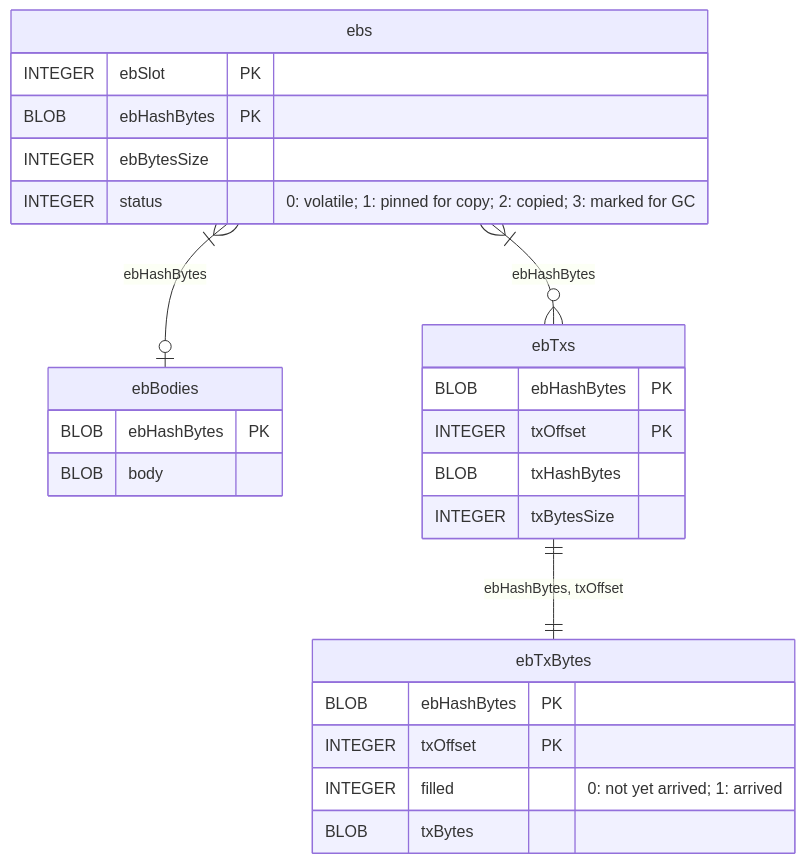
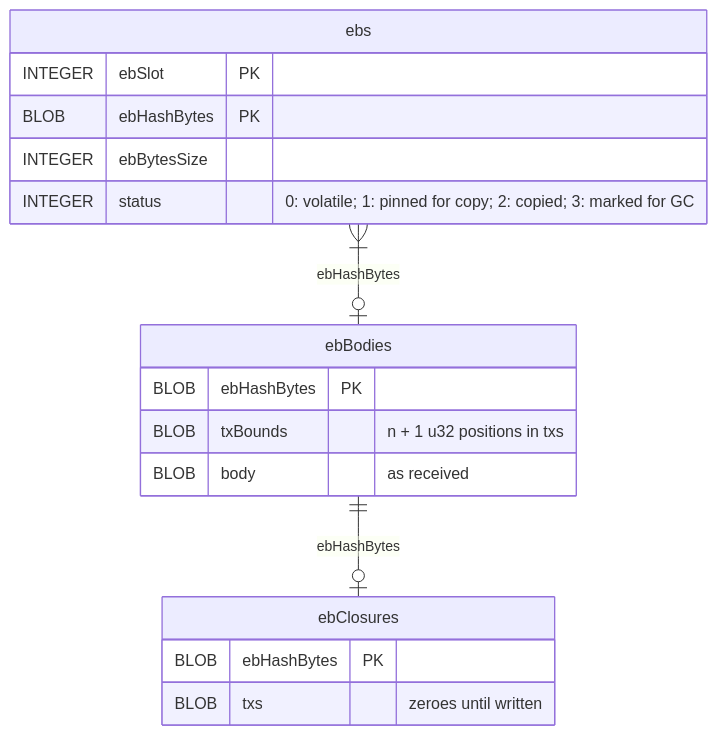
The first of 3 diagrams in docs/website/contents/explanations/leiosdb.md (IntersectMBO/ouroboros-consensus), drawn with Mermaid before and after one commit. The commit also changed other lines of this file and 18 other files, not shown here.

````diff
--- a/docs/website/contents/explanations/leiosdb.md
+++ b/docs/website/contents/explanations/leiosdb.md
@@ -20,29 +19,21 @@
 ```mermaid
 erDiagram
     ebs {
         INTEGER ebSlot PK
         BLOB ebHashBytes PK
         INTEGER ebBytesSize
         INTEGER status "0: volatile; 1: pinned for copy; 2: copied; 3: marked for GC"
     }
     ebBodies {
         BLOB ebHashBytes PK
-        BLOB body
+        BLOB txBounds "n + 1 u32 positions in txs"
+        BLOB body "as received"
     }
-    ebTxs {
+    ebClosures {
         BLOB ebHashBytes PK
-        INTEGER txOffset PK
-        BLOB txHashBytes
-        INTEGER txBytesSize
-    }
-    ebTxBytes {
-        BLOB ebHashBytes PK
-        INTEGER txOffset PK
-        INTEGER filled "0: not yet arrived; 1: arrived"
-        BLOB txBytes
+        BLOB txs "zeroes until written"
     }
 
     ebs }|--o| ebBodies : "ebHashBytes"
-    ebs }|--o{ ebTxs : "ebHashBytes"
-    ebTxs ||--|| ebTxBytes : "ebHashBytes, txOffset"
+    ebBodies ||--o| ebClosures : "ebHashBytes"
 ```
````
